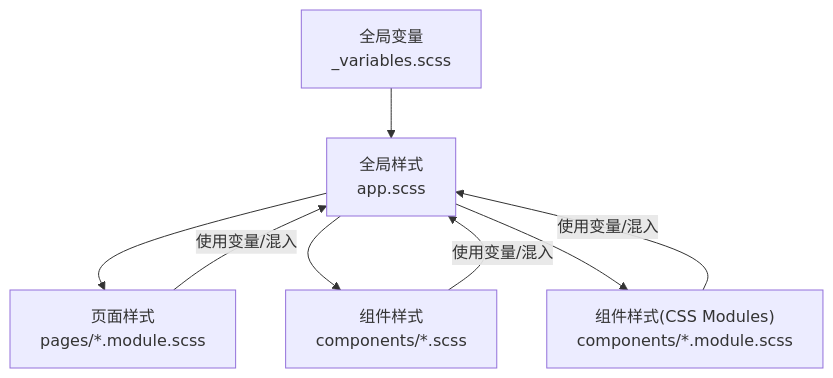
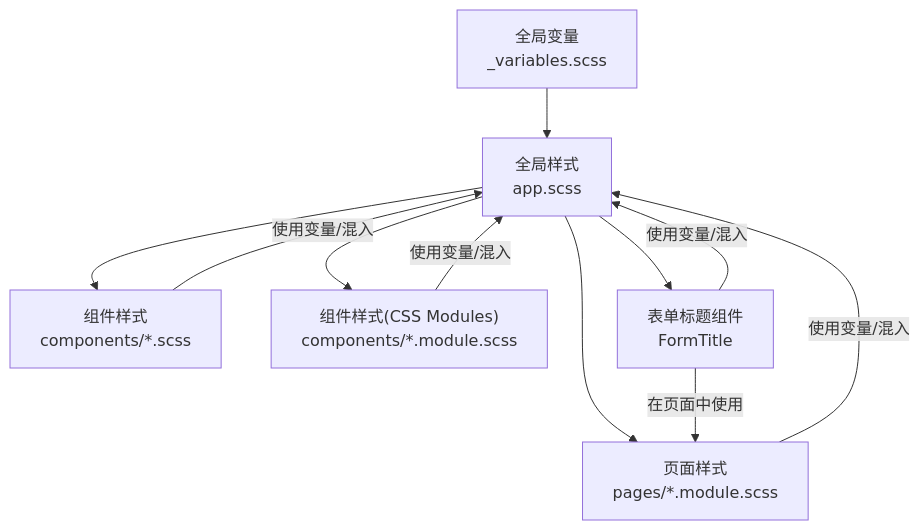
The second of 6 diagrams in .qoder/repowiki/zh/content/样式系统/样式系统.md (zuolinbao/redbook), drawn with Mermaid before and after one commit. The commit also changed other lines of this file and 20 other files, not shown here.

````diff
--- a/.qoder/repowiki/zh/content/样式系统/样式系统.md
+++ b/.qoder/repowiki/zh/content/样式系统/样式系统.md
@@ -101,10 +120,13 @@
 ```mermaid
 graph TB
 V["全局变量<br/>_variables.scss"] --> APP["全局样式<br/>app.scss"]
 APP --> PAGES["页面样式<br/>pages/*.module.scss"]
 APP --> CMPS["组件样式<br/>components/*.scss"]
 APP --> CMPS2["组件样式(CSS Modules)<br/>components/*.module.scss"]
+APP --> FORMTITLE["表单标题组件<br/>FormTitle"]
 PAGES --> |使用变量/混入| APP
 CMPS --> |使用变量/混入| APP
 CMPS2 --> |使用变量/混入| APP
+FORMTITLE --> |使用变量/混入| APP
+FORMTITLE --> |在页面中使用| PAGES
 ```
````
